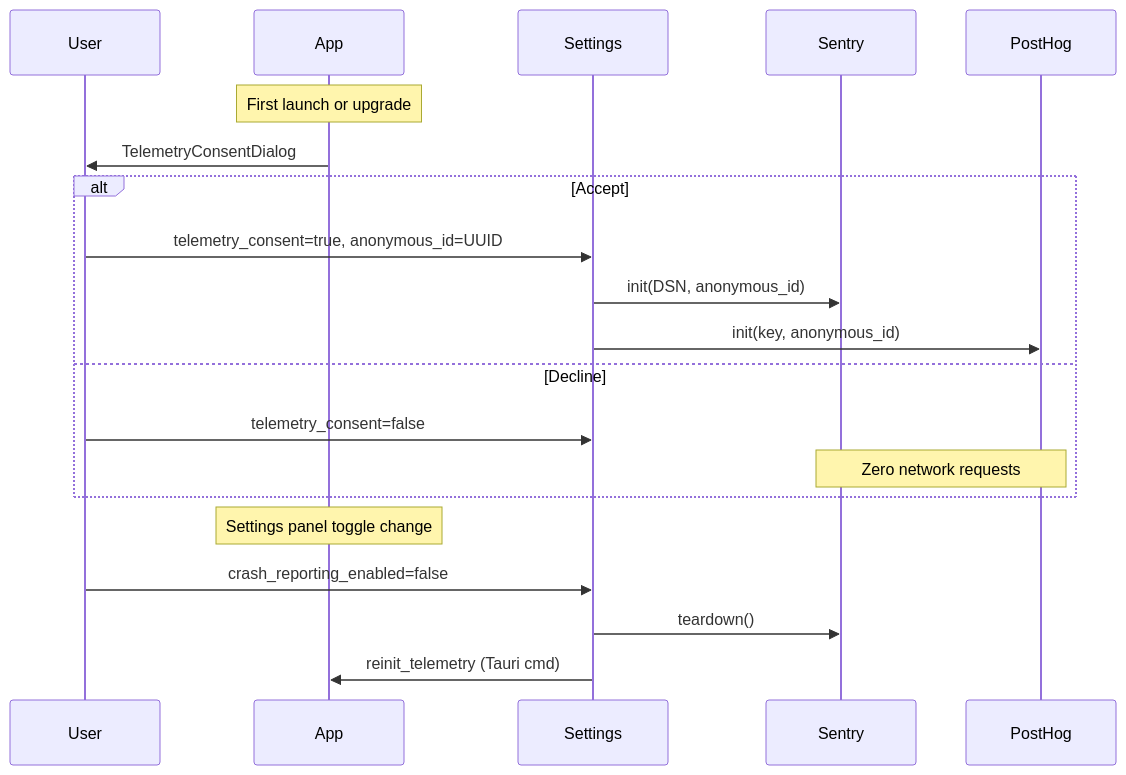
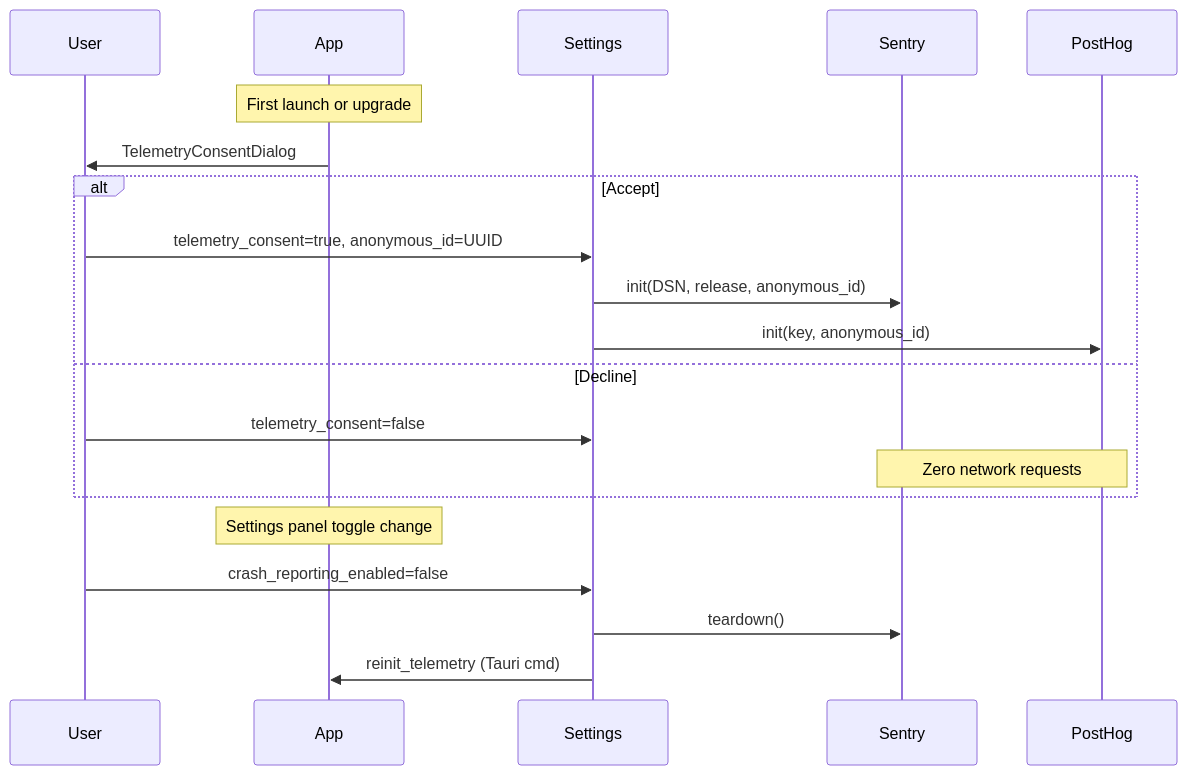
Before and after one commit to aimeritething/Fuwa: the tenth of 10 diagrams in docs/ARCHITECTURE.md, drawn with Mermaid. The commit also changed other lines of this file and 8 other files, not shown here.

````diff
--- a/docs/ARCHITECTURE.md
+++ b/docs/ARCHITECTURE.md
@@ -899,24 +899,24 @@
 ```mermaid
 sequenceDiagram
     participant User
     participant App
     participant Settings
     participant Sentry
     participant PostHog
 
     Note over App: First launch or upgrade
     App->>User: TelemetryConsentDialog
     alt Accept
         User->>Settings: telemetry_consent=true, anonymous_id=UUID
-        Settings->>Sentry: init(DSN, anonymous_id)
+        Settings->>Sentry: init(DSN, release, anonymous_id)
         Settings->>PostHog: init(key, anonymous_id)
     else Decline
         User->>Settings: telemetry_consent=false
         Note over Sentry,PostHog: Zero network requests
     end
 
     Note over App: Settings panel toggle change
     User->>Settings: crash_reporting_enabled=false
     Settings->>Sentry: teardown()
     Settings->>App: reinit_telemetry (Tauri cmd)
 ```
````
